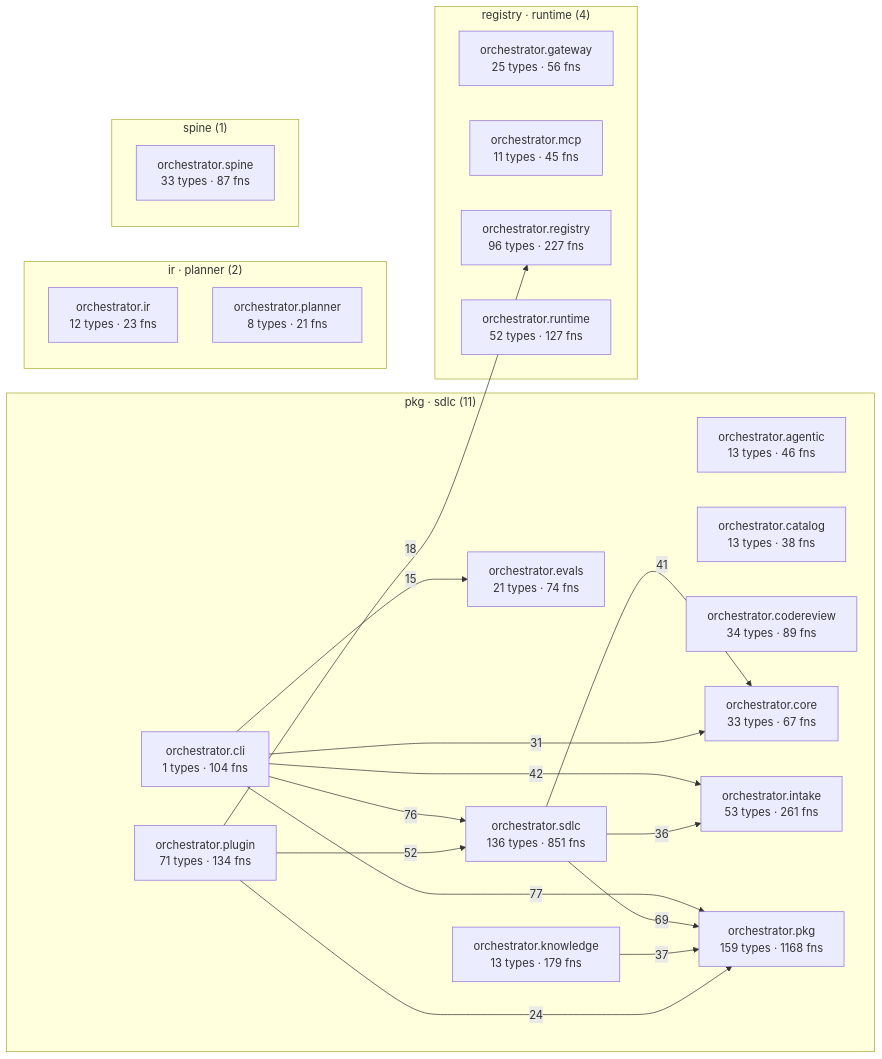
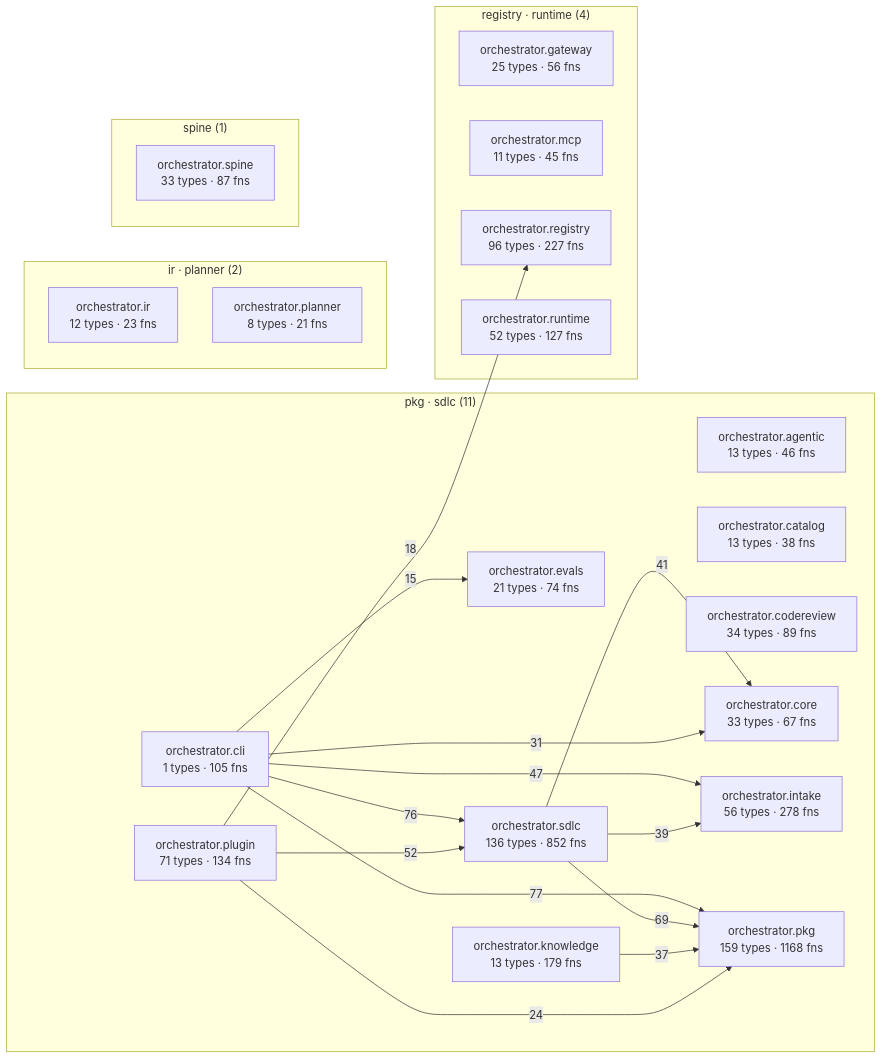
Before and after one commit to synaptixs/spine: the diagram in episteme/architecture.md, drawn with Mermaid. The commit also changed other lines of this file and 20 other files, not shown here.

````diff
--- a/episteme/architecture.md
+++ b/episteme/architecture.md
@@ -55,41 +55,41 @@
 ```mermaid
 flowchart LR
   subgraph c_2["pkg · sdlc (11)"]
     aorchestratoragentic["orchestrator.agentic<br/>13 types · 46 fns"]
     aorchestratorcatalog["orchestrator.catalog<br/>13 types · 38 fns"]
-    aorchestratorcli["orchestrator.cli<br/>1 types · 104 fns"]
+    aorchestratorcli["orchestrator.cli<br/>1 types · 105 fns"]
     aorchestratorcodereview["orchestrator.codereview<br/>34 types · 89 fns"]
     aorchestratorcore["orchestrator.core<br/>33 types · 67 fns"]
     aorchestratorevals["orchestrator.evals<br/>21 types · 74 fns"]
-    aorchestratorintake["orchestrator.intake<br/>53 types · 261 fns"]
+    aorchestratorintake["orchestrator.intake<br/>56 types · 278 fns"]
     aorchestratorknowledge["orchestrator.knowledge<br/>13 types · 179 fns"]
     aorchestratorpkg["orchestrator.pkg<br/>159 types · 1168 fns"]
     aorchestratorplugin["orchestrator.plugin<br/>71 types · 134 fns"]
-    aorchestratorsdlc["orchestrator.sdlc<br/>136 types · 851 fns"]
+    aorchestratorsdlc["orchestrator.sdlc<br/>136 types · 852 fns"]
   end
   subgraph c_4["registry · runtime (4)"]
     aorchestratorgateway["orchestrator.gateway<br/>25 types · 56 fns"]
     aorchestratormcp["orchestrator.mcp<br/>11 types · 45 fns"]
     aorchestratorregistry["orchestrator.registry<br/>96 types · 227 fns"]
     aorchestratorruntime["orchestrator.runtime<br/>52 types · 127 fns"]
   end
   subgraph c_6["ir · planner (2)"]
     aorchestratorir["orchestrator.ir<br/>12 types · 23 fns"]
     aorchestratorplanner["orchestrator.planner<br/>8 types · 21 fns"]
   end
   subgraph c_11["spine (1)"]
     aorchestratorspine["orchestrator.spine<br/>33 types · 87 fns"]
   end
   aorchestratorcli -->|77| aorchestratorpkg
   aorchestratorcli -->|76| aorchestratorsdlc
   aorchestratorsdlc -->|69| aorchestratorpkg
   aorchestratorplugin -->|52| aorchestratorsdlc
-  aorchestratorcli -->|42| aorchestratorintake
+  aorchestratorcli -->|47| aorchestratorintake
   aorchestratorsdlc -->|41| aorchestratorcore
+  aorchestratorsdlc -->|39| aorchestratorintake
   aorchestratorknowledge -->|37| aorchestratorpkg
-  aorchestratorsdlc -->|36| aorchestratorintake
   aorchestratorcli -->|31| aorchestratorcore
   aorchestratorplugin -->|24| aorchestratorpkg
   aorchestratorplugin -->|18| aorchestratorregistry
   aorchestratorcli -->|15| aorchestratorevals
 ```
````
